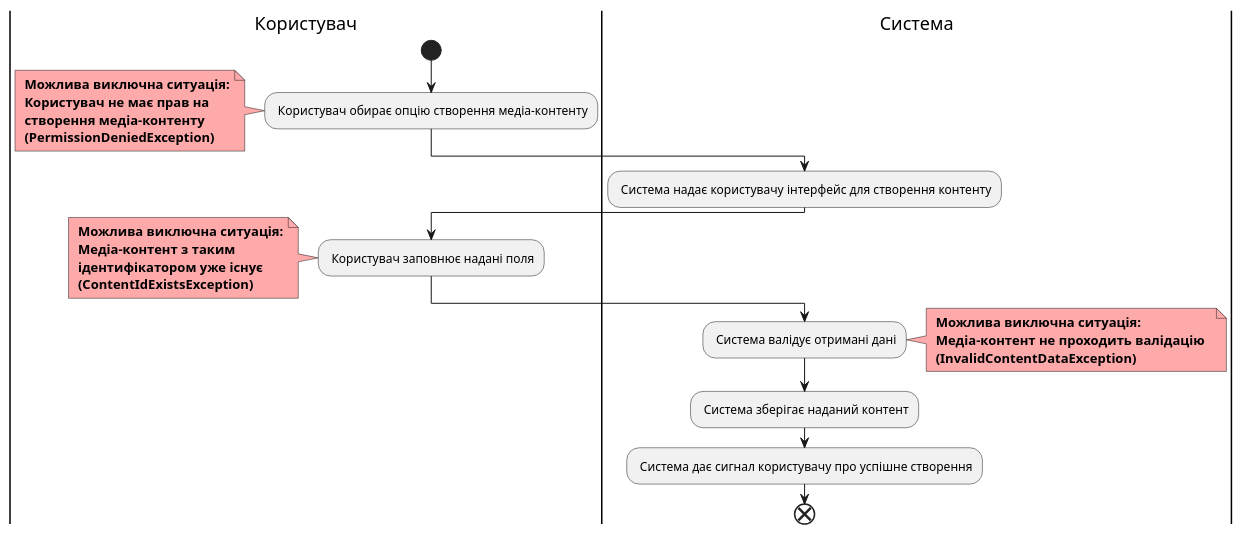
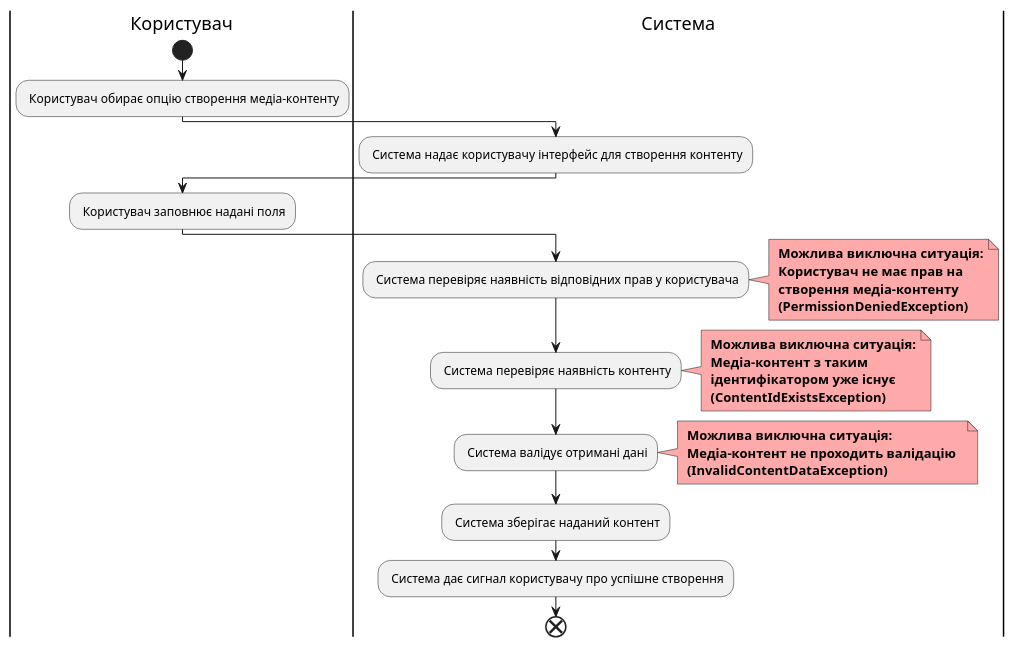
Before and after one commit to semenyaka08/media-content-api: the first of 4 diagrams in docs/use cases/README.md, drawn with PlantUML. The commit also changed other lines of this file, not shown here.

Commit message:
updated create content search content diagram

````diff
--- a/docs/use cases/README.md
+++ b/docs/use cases/README.md
@@ -31,33 +34,35 @@
 ```plantuml
     @startuml
         |Користувач| 
         start
           : Користувач обирає опцію створення медіа-контенту;
-          note left #ffaaaa
+        |Система|
+          : Система надає користувачу інтерфейс для створення контенту;
+        |Користувач| 
+          : Користувач заповнює надані поля;
+        |Система|
+          : Система перевіряє наявність відповідних прав у користувача;
+          note right #ffaaaa
           <b> Можлива виключна ситуація:
           <b> Користувач не має прав на 
           <b> створення медіа-контенту 
           <b> (PermissionDeniedException)
           end note
-        |Система|
-          : Система надає користувачу інтерфейс для створення контенту;
-        |Користувач| 
-          : Користувач заповнює надані поля;
-          note left #ffaaaa
+          : Система перевіряє наявність контенту;
+          note right #ffaaaa
           <b> Можлива виключна ситуація:
           <b> Медіа-контент з таким 
           <b> ідентифікатором уже існує
           <b> (ContentIdExistsException)
           end note
-        |Система|
           : Система валідує отримані дані;
           note right #ffaaaa
           <b> Можлива виключна ситуація:
           <b> Медіа-контент не проходить валідацію  
           <b> (InvalidContentDataException)
           end note
           : Система зберігає наданий контент;
           : Система дає сигнал користувачу про успішне створення;
         end
     @enduml
 ```
````
